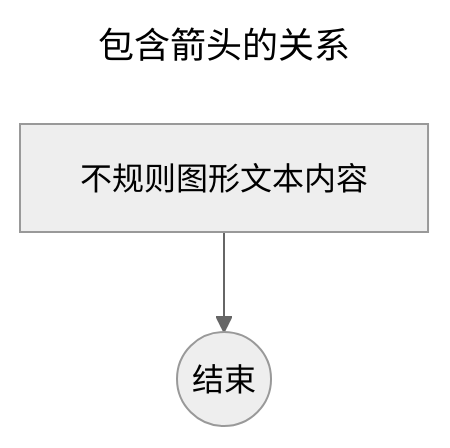
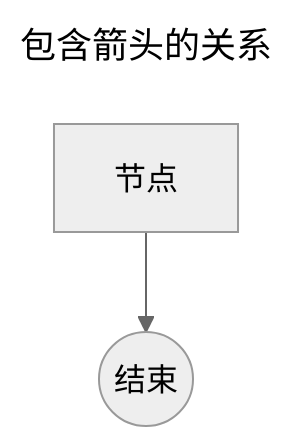
One commit to superAlibi/notes changed the diagram in notes/blogs/mermaid/demo/mermaid/flowchart-link-arrow.md. Above: the diagram before and after it, drawn with Mermaid (neutral theme). The commit also changed 9 other files, not shown here.

````diff
--- a/notes/blogs/mermaid/demo/mermaid/flowchart-link-arrow.md
+++ b/notes/blogs/mermaid/demo/mermaid/flowchart-link-arrow.md
@@ -1,7 +1,7 @@
 ```mermaid
 ---
 title: 包含箭头的关系
 ---
 flowchart
-    D[不规则图形文本内容] --> T((结束))
+    D[节点] --> T((结束))
 ```
````
